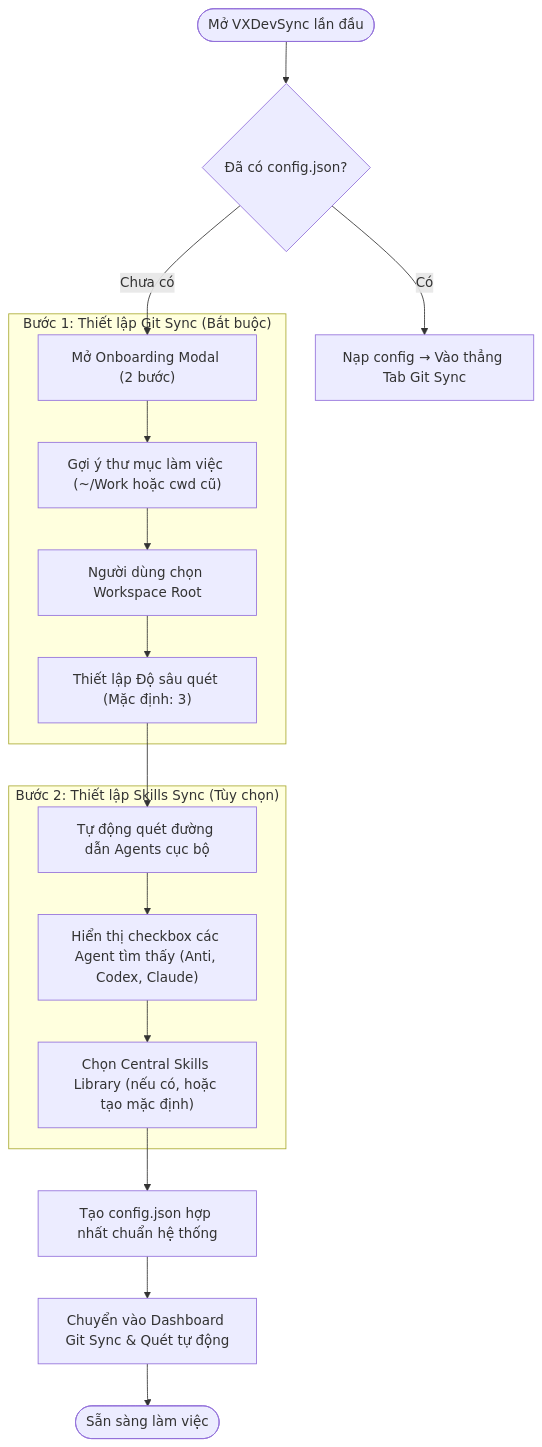
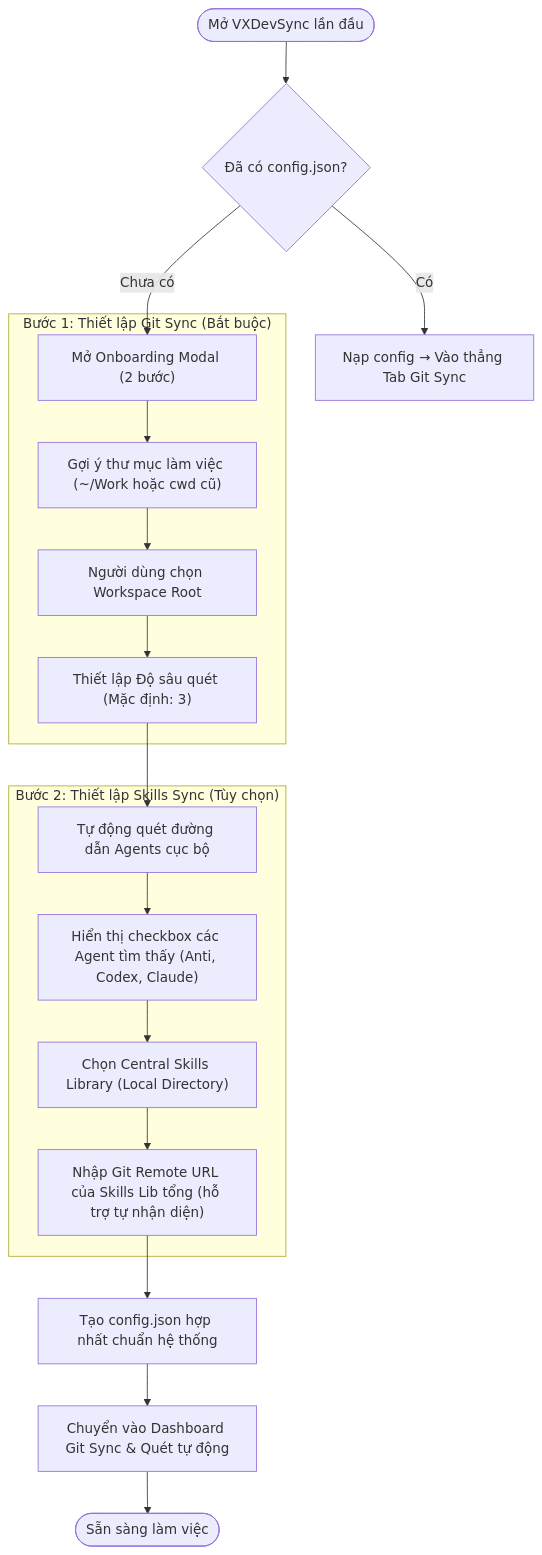
The first of 5 diagrams in docs/spec/01_business_process.md (linhbv94/VXDevSync), drawn with Mermaid before and after one commit. The commit also changed 16 other files, not shown here.

Commit message:
feat(onboarding): add Central Skills Library git remote URL input and auto-detection

````diff
--- a/docs/spec/01_business_process.md
+++ b/docs/spec/01_business_process.md
@@ -12,22 +12,23 @@
 ```mermaid
 flowchart TD
     Start(["Mở VXDevSync lần đầu"]) --> CheckConfig{"Đã có config.json?"}
     CheckConfig -- "Có" --> LoadApp["Nạp config → Vào thẳng Tab Git Sync"]
     CheckConfig -- "Chưa có" --> ShowWizard["Mở Onboarding Modal (2 bước)"]
     
     subgraph Step1 ["Bước 1: Thiết lập Git Sync (Bắt buộc)"]
         ShowWizard --> DetectHome["Gợi ý thư mục làm việc (~/Work hoặc cwd cũ)"]
         DetectHome --> UserPickRoot["Người dùng chọn Workspace Root"]
         UserPickRoot --> SetMaxDepth["Thiết lập Độ sâu quét (Mặc định: 3)"]
     end
 
     subgraph Step2 ["Bước 2: Thiết lập Skills Sync (Tùy chọn)"]
         SetMaxDepth --> DetectAgents["Tự động quét đường dẫn Agents cục bộ"]
         DetectAgents --> ShowAgentToggles["Hiển thị checkbox các Agent tìm thấy (Anti, Codex, Claude)"]
-        ShowAgentToggles --> PickSkillsLib["Chọn Central Skills Library (nếu có, hoặc tạo mặc định)"]
+        ShowAgentToggles --> PickSkillsLib["Chọn Central Skills Library (Local Directory)"]
+        PickSkillsLib --> InputGitRepo["Nhập Git Remote URL của Skills Lib tổng (hỗ trợ tự nhận diện)"]
     end
 
-    PickSkillsLib --> SaveConfig["Tạo config.json hợp nhất chuẩn hệ thống"]
+    InputGitRepo --> SaveConfig["Tạo config.json hợp nhất chuẩn hệ thống"]
     SaveConfig --> AutoScanGit["Chuyển vào Dashboard Git Sync & Quét tự động"]
     AutoScanGit --> Done(["Sẵn sàng làm việc"])
 ```
````
